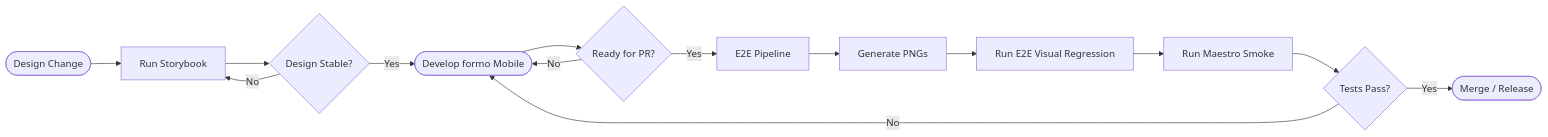
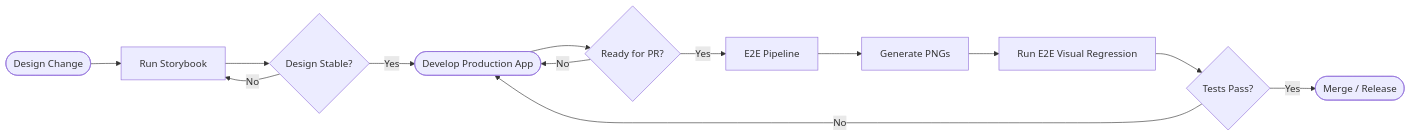
Before and after one commit to virgenherrera/Cross-UI-Template: the third of 5 diagrams in docs/architecture.md, drawn with Mermaid. The commit also changed other lines of this file and 43 other files, not shown here.

````diff
--- a/docs/architecture.md
+++ b/docs/architecture.md
@@ -184,17 +159,16 @@
 ```mermaid
 %% Execution frequency timeline showing when each app runs
 flowchart LR
     D([Design Change]) --> SB[Run Storybook]
     SB --> Stable{Design Stable?}
     Stable -->|"No"| SB
-    Stable -->|"Yes"| Dev([Develop formo Mobile])
+    Stable -->|"Yes"| Dev([Develop Production App])
     Dev --> PR{Ready for PR?}
     PR -->|"No"| Dev
     PR -->|"Yes"| Pipeline[E2E Pipeline]
     Pipeline --> AG[Generate PNGs]
     AG --> E2E[Run E2E Visual Regression]
-    E2E --> Maestro[Run Maestro Smoke]
-    Maestro --> Gate{Tests Pass?}
+    E2E --> Gate{Tests Pass?}
     Gate -->|"No"| Dev
     Gate -->|"Yes"| Merge([Merge / Release])
 ```
````
